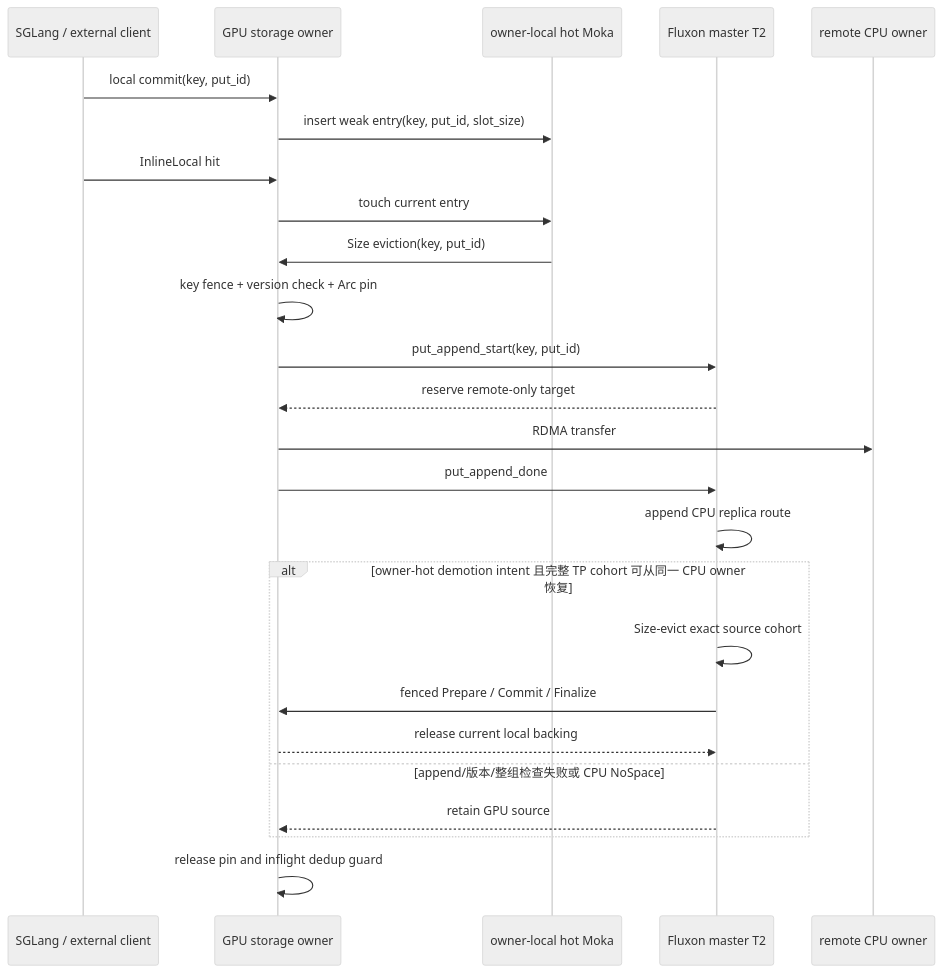
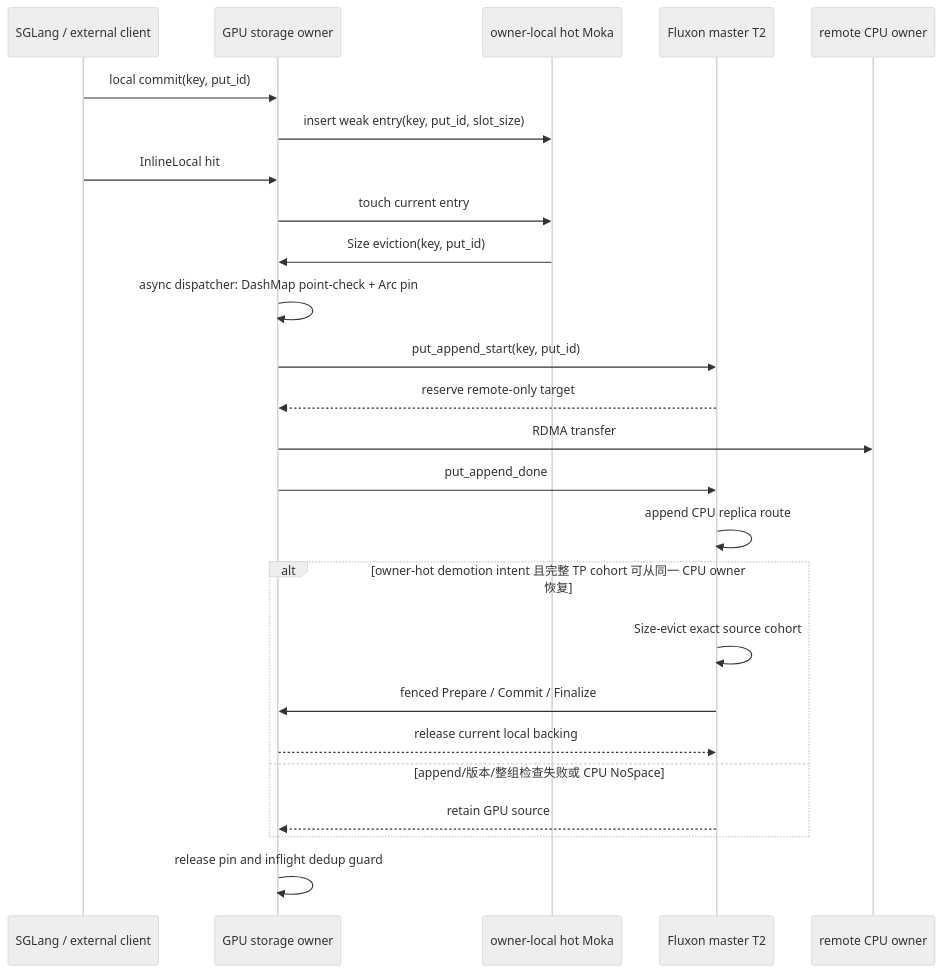
Before and after one commit to Tele-AI/Fluxon: the seventh of 7 diagrams in fluxon_doc_cn/design/sglang_fluxon_kv集成设计.md, drawn with Mermaid (neutral theme). The commit also changed other lines of this file and 27 other files, not shown here.

````diff
--- a/fluxon_doc_cn/design/sglang_fluxon_kv集成设计.md
+++ b/fluxon_doc_cn/design/sglang_fluxon_kv集成设计.md
@@ -959,28 +1200,28 @@
 ```mermaid
 sequenceDiagram
     participant S as SGLang / external client
     participant G as GPU storage owner
     participant H as owner-local hot Moka
     participant M as Fluxon master T2
     participant C as remote CPU owner
 
     S->>G: local commit(key, put_id)
     G->>H: insert weak entry(key, put_id, slot_size)
     S->>G: InlineLocal hit
     G->>H: touch current entry
     H->>G: Size eviction(key, put_id)
-    G->>G: key fence + version check + Arc pin
+    G->>G: async dispatcher: DashMap point-check + Arc pin
     G->>M: put_append_start(key, put_id)
     M-->>G: reserve remote-only target
     G->>C: RDMA transfer
     G->>M: put_append_done
     M->>M: append CPU replica route
     alt owner-hot demotion intent 且完整 TP cohort 可从同一 CPU owner 恢复
         M->>M: Size-evict exact source cohort
         M->>G: fenced Prepare / Commit / Finalize
         G-->>M: release current local backing
     else append/版本/整组检查失败或 CPU NoSpace
         M-->>G: retain GPU source
     end
     G->>G: release pin and inflight dedup guard
 ```
````
